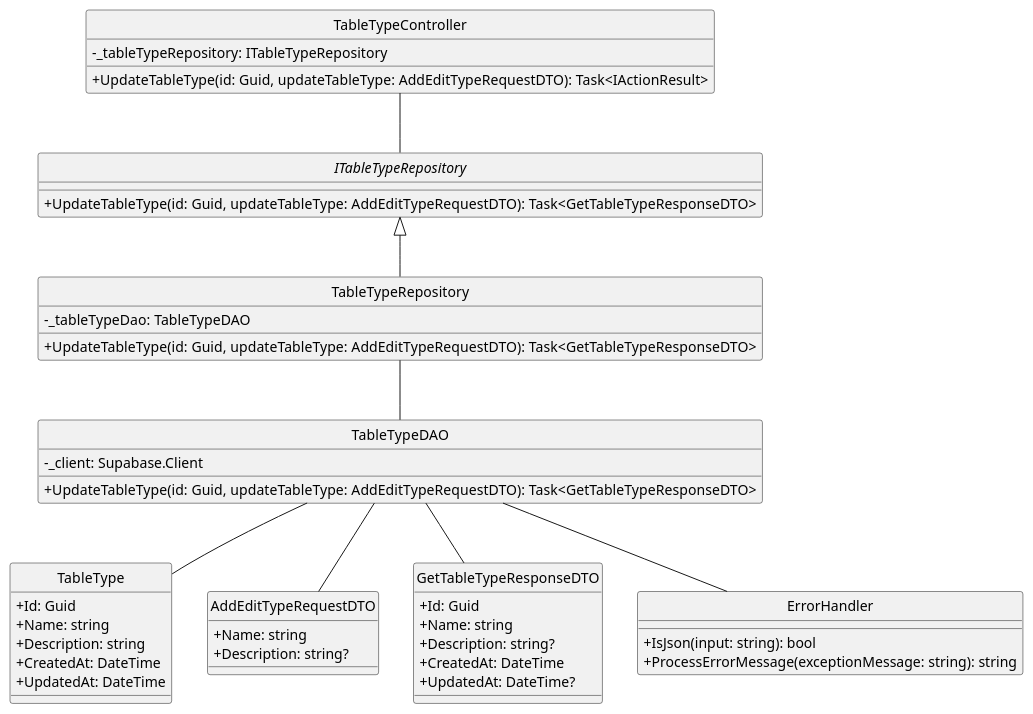
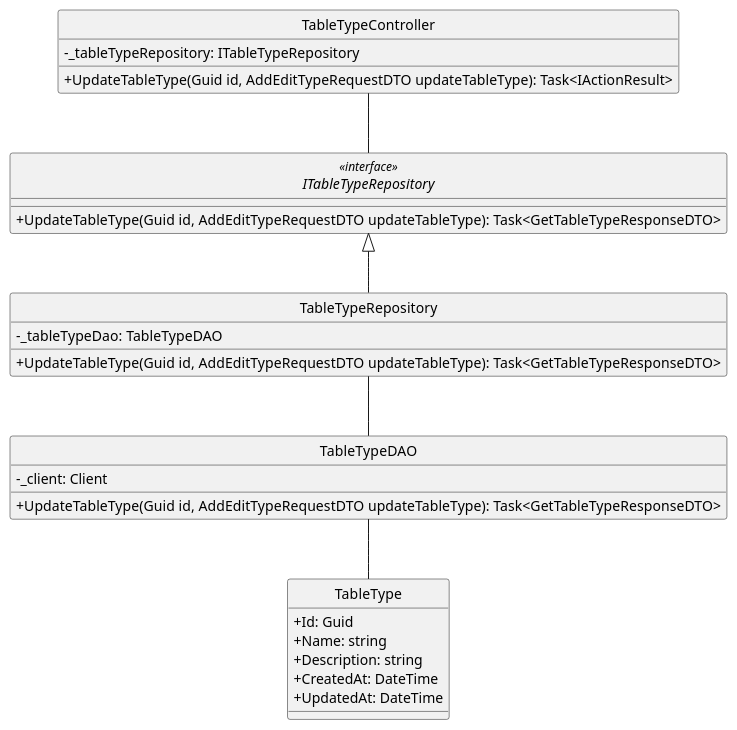
The diagram in docs/ClassDiagram/TableType/Update.plantuml (minhnhut23/FPT-OBOMS), drawn with PlantUML before and after one commit. The commit also changed 50 other files, not shown here.

Commit message:
Update class diagram of table, type. bill. billdetail

```diff
--- a/docs/ClassDiagram/TableType/Update.plantuml
+++ b/docs/ClassDiagram/TableType/Update.plantuml
@@ -1,58 +1,38 @@
 @startuml
 hide circle
 skinparam classAttributeIconSize 0
 
 class TableTypeController {
     - _tableTypeRepository: ITableTypeRepository
-    + UpdateTableType(id: Guid, updateTableType: AddEditTypeRequestDTO): Task<IActionResult>
+    + UpdateTableType(Guid id, AddEditTypeRequestDTO updateTableType): Task<IActionResult>
 }
 
-interface ITableTypeRepository {
-    + UpdateTableType(id: Guid, updateTableType: AddEditTypeRequestDTO): Task<GetTableTypeResponseDTO>
+interface ITableTypeRepository<<interface>>  {
+    + UpdateTableType(Guid id, AddEditTypeRequestDTO updateTableType): Task<GetTableTypeResponseDTO>
 }
 
 class TableTypeRepository {
     - _tableTypeDao: TableTypeDAO
-    + UpdateTableType(id: Guid, updateTableType: AddEditTypeRequestDTO): Task<GetTableTypeResponseDTO>
+    + UpdateTableType(Guid id, AddEditTypeRequestDTO updateTableType): Task<GetTableTypeResponseDTO>
 }
 
 class TableTypeDAO {
-    - _client: Supabase.Client
-    + UpdateTableType(id: Guid, updateTableType: AddEditTypeRequestDTO): Task<GetTableTypeResponseDTO>
+    - _client: Client
+    + UpdateTableType(Guid id, AddEditTypeRequestDTO updateTableType): Task<GetTableTypeResponseDTO>
 }
 
 class TableType {
     + Id: Guid
     + Name: string
     + Description: string
     + CreatedAt: DateTime
     + UpdatedAt: DateTime
 }
 
-class AddEditTypeRequestDTO {
-    + Name: string
-    + Description: string?
-}
-
-class GetTableTypeResponseDTO {
-    + Id: Guid
-    + Name: string
-    + Description: string?
-    + CreatedAt: DateTime
-    + UpdatedAt: DateTime?
-}
-
-class ErrorHandler {
-    + IsJson(input: string): bool
-    + ProcessErrorMessage(exceptionMessage: string): string
-}
 
 TableTypeController -- ITableTypeRepository
 ITableTypeRepository <|-- TableTypeRepository
 TableTypeRepository -- TableTypeDAO
 
 TableTypeDAO -- TableType
-TableTypeDAO -- ErrorHandler
-TableTypeDAO -- GetTableTypeResponseDTO
-TableTypeDAO -- AddEditTypeRequestDTO
 @enduml
```
